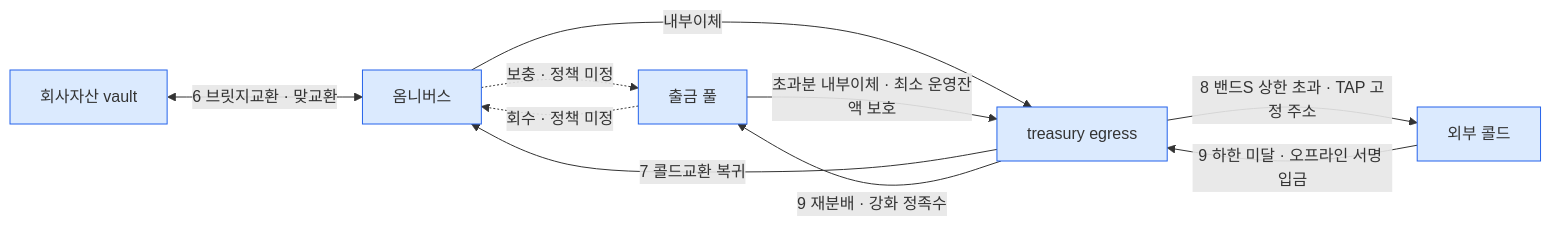
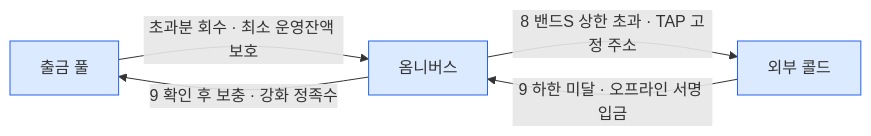
Before and after one commit to eunsujeo/eunpus: the third of 4 diagrams in blockchain-manager/docs/BC/설계/09-asset-map.md, drawn with Mermaid. The commit also changed other lines of this file and 6 other files, not shown here.

First line of the commit message:
1차 설계에서 treasury egress vault 를 제외한다

````diff
--- a/blockchain-manager/docs/BC/설계/09-asset-map.md
+++ b/blockchain-manager/docs/BC/설계/09-asset-map.md
@@ -45,21 +60,14 @@
 ```mermaid
 flowchart LR
-  CO["회사자산 vault"]
+  WP["출금 풀"]
   OM["옴니버스"]
-  WP["출금 풀"]
-  EG["treasury egress"]
   CW["외부 콜드"]
 
-  CO <-->|6 브릿지교환 · 맞교환| OM
-  OM -.->|보충 · 정책 미정| WP
-  WP -.->|회수 · 정책 미정| OM
-  OM -->|내부이체| EG
-  WP -->|초과분 내부이체 · 최소 운영잔액 보호| EG
-  EG -->|8 밴드S 상한 초과 · TAP 고정 주소| CW
-  CW -->|9 하한 미달 · 오프라인 서명 입금| EG
-  EG -->|7 콜드교환 복귀| OM
-  EG -->|9 재분배 · 강화 정족수| WP
+  WP -->|초과분 회수 · 최소 운영잔액 보호| OM
+  OM -->|8 밴드S 상한 초과 · TAP 고정 주소| CW
+  CW -->|9 하한 미달 · 오프라인 서명 입금| OM
+  OM -->|9 확인 후 보충 · 강화 정족수| WP
 
   classDef vault fill:#dbeafe,stroke:#2563eb
-  class CO,OM,WP,EG,CW vault
+  class WP,OM,CW vault
 ```
````
